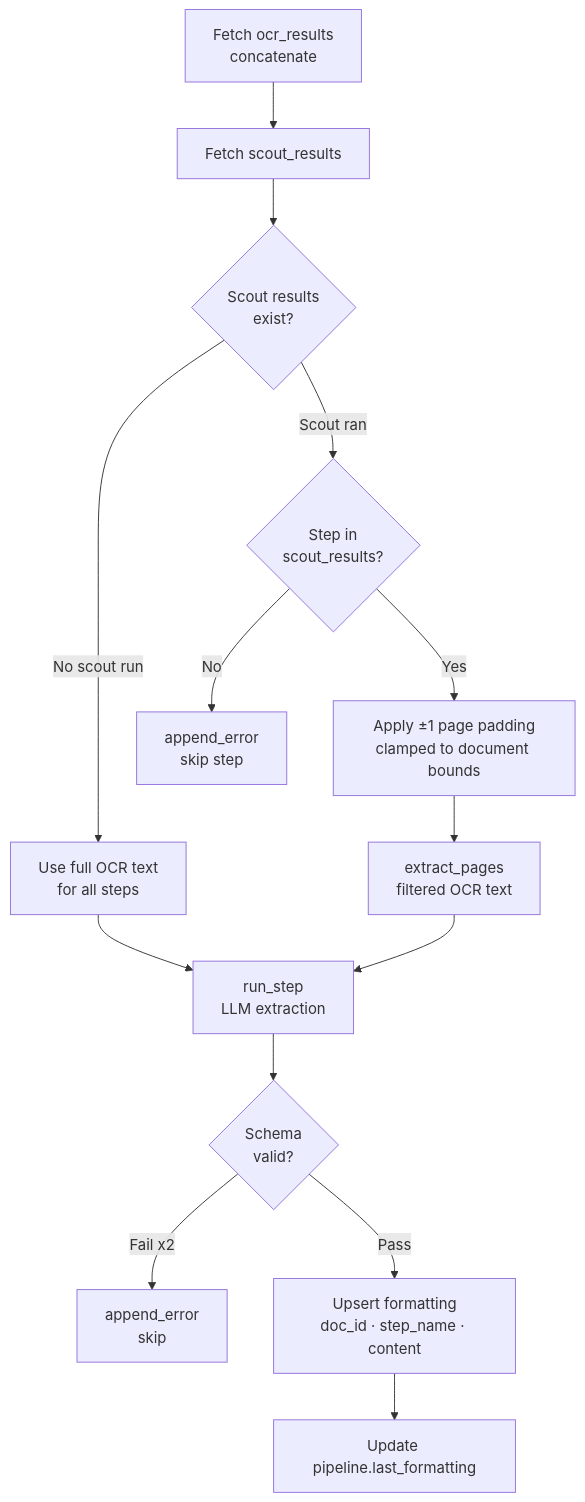
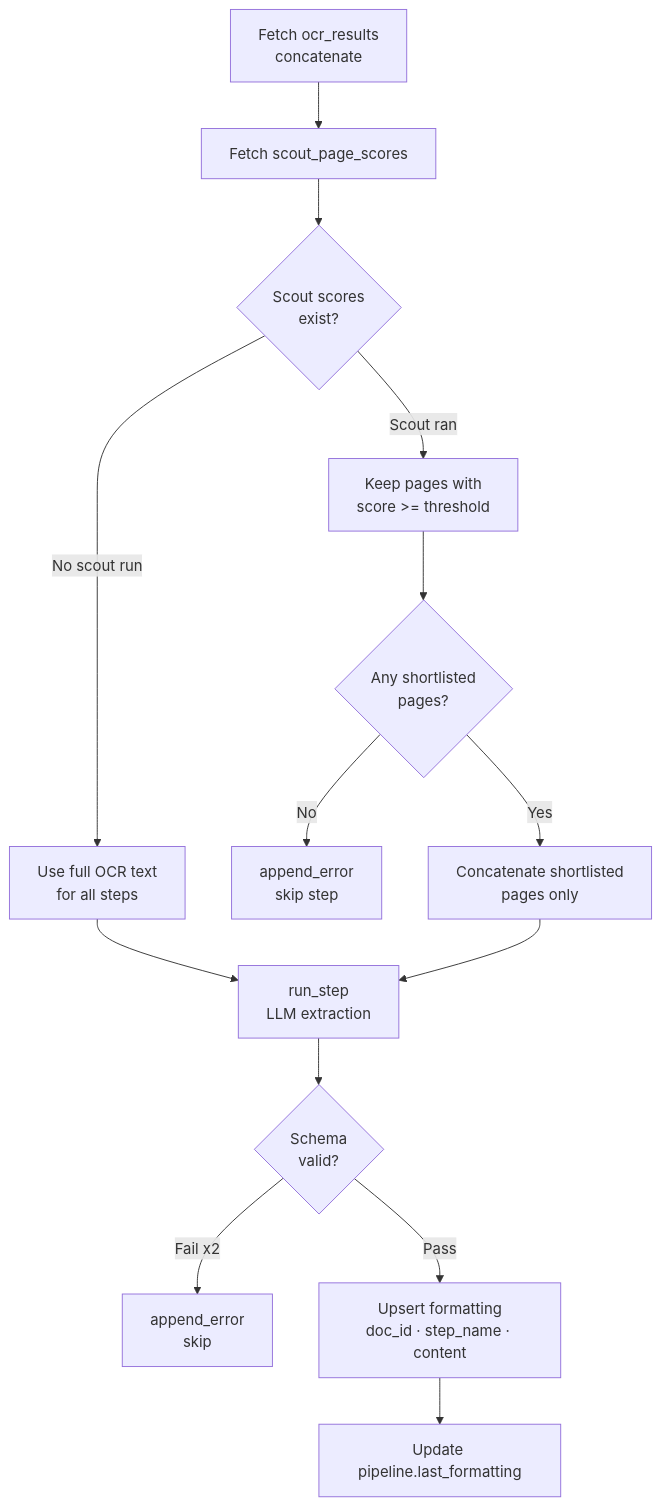
Before and after one commit to ArthurrMrv/research_ocr_pipeline: the fifth of 8 diagrams in README.md, drawn with Mermaid. The commit also changed other lines of this file and 41 other files, not shown here.

````diff
--- a/README.md
+++ b/README.md
@@ -116,15 +109,15 @@
 ```mermaid
 flowchart TD
-    A[Fetch ocr_results\nconcatenate] --> B[Fetch scout_results]
-    B --> C{Scout results\nexist?}
+    A[Fetch ocr_results\nconcatenate] --> B[Fetch scout_page_scores]
+    B --> C{Scout scores\nexist?}
     C -- No scout run --> D[Use full OCR text\nfor all steps]
-    C -- Scout ran --> E{Step in\nscout_results?}
-    E -- No --> F[append_error\nskip step]
-    E -- Yes --> G[Apply ±1 page padding\nclamped to document bounds]
-    G --> H[extract_pages\nfiltered OCR text]
+    C -- Scout ran --> E[Keep pages with\nscore >= threshold]
+    E --> F{Any shortlisted\npages?}
+    F -- No --> G[append_error\nskip step]
+    F -- Yes --> H[Concatenate shortlisted\npages only]
     D & H --> I[run_step\nLLM extraction]
     I --> J{Schema\nvalid?}
     J -- Fail x2 --> K[append_error\nskip]
     J -- Pass --> L[Upsert formatting\ndoc_id · step_name · content]
     L --> M[Update pipeline.last_formatting]
 ```
````
